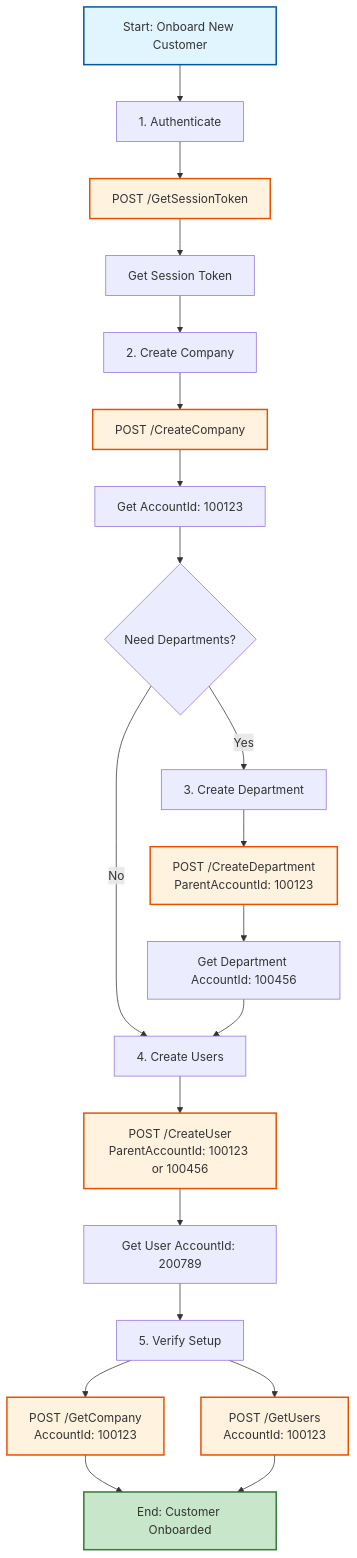
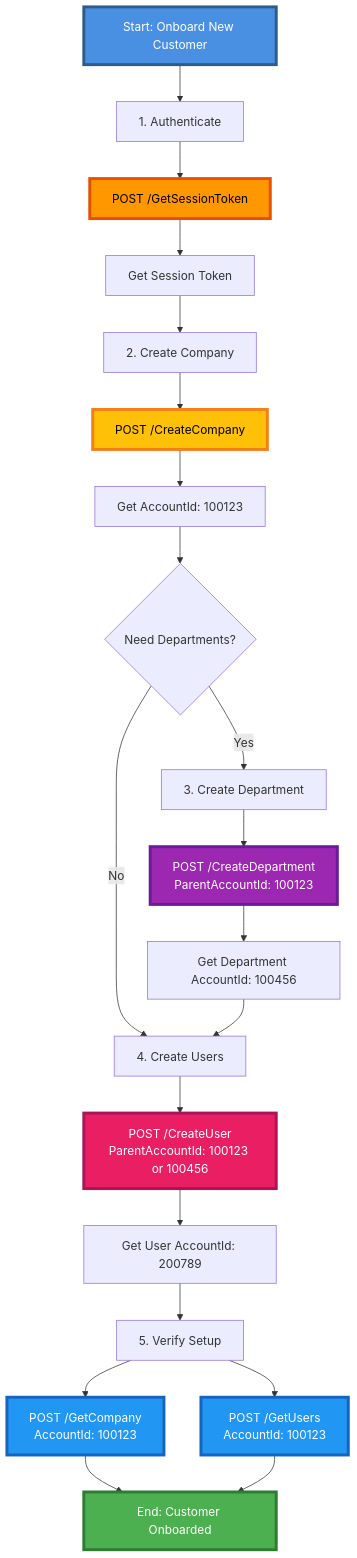
The diagram in Also/DOC/workflows/2_Account_Management.md (ZELA2000/Also-TDSynnex-Trend), drawn with Mermaid before and after one commit. The commit also changed 11 other files, not shown here.

Commit message:
style: Update diagram styles across documentation for improved clarity and consistency

````diff
--- a/Also/DOC/workflows/2_Account_Management.md
+++ b/Also/DOC/workflows/2_Account_Management.md
@@ -303,37 +303,37 @@
 ```mermaid
 graph TD
     A[Start: Onboard New Customer] --> B[1. Authenticate]
     B --> C[POST /GetSessionToken]
     C --> D[Get Session Token]
     
     D --> E[2. Create Company]
     E --> F[POST /CreateCompany]
     F --> G[Get AccountId: 100123]
     
     G --> H{Need Departments?}
     H -->|Yes| I[3. Create Department]
     H -->|No| L[4. Create Users]
     
     I --> J[POST /CreateDepartment<br/>ParentAccountId: 100123]
     J --> K[Get Department AccountId: 100456]
     K --> L
     
     L --> M[POST /CreateUser<br/>ParentAccountId: 100123 or 100456]
     M --> N[Get User AccountId: 200789]
     
     N --> O[5. Verify Setup]
     O --> P[POST /GetCompany<br/>AccountId: 100123]
     O --> Q[POST /GetUsers<br/>AccountId: 100123]
     
     P --> R[End: Customer Onboarded]
     Q --> R
     
-    style A fill:#e1f5ff,stroke:#01579b,stroke-width:2px
-    style R fill:#c8e6c9,stroke:#2e7d32,stroke-width:2px
-    style C fill:#fff3e0,stroke:#e65100,stroke-width:2px
-    style F fill:#fff3e0,stroke:#e65100,stroke-width:2px
-    style J fill:#fff3e0,stroke:#e65100,stroke-width:2px
-    style M fill:#fff3e0,stroke:#e65100,stroke-width:2px
-    style P fill:#fff3e0,stroke:#e65100,stroke-width:2px
-    style Q fill:#fff3e0,stroke:#e65100,stroke-width:2px
+    style A fill:#4A90E2,stroke:#2E5C8A,stroke-width:4px,color:#fff
+    style R fill:#4CAF50,stroke:#2E7D32,stroke-width:4px,color:#fff
+    style C fill:#FF9800,stroke:#E65100,stroke-width:4px,color:#000
+    style F fill:#FFC107,stroke:#F57F17,stroke-width:4px,color:#000
+    style J fill:#9C27B0,stroke:#6A1B9A,stroke-width:4px,color:#fff
+    style M fill:#E91E63,stroke:#AD1457,stroke-width:4px,color:#fff
+    style P fill:#2196F3,stroke:#1565C0,stroke-width:4px,color:#fff
+    style Q fill:#2196F3,stroke:#1565C0,stroke-width:4px,color:#fff
 ```
````
